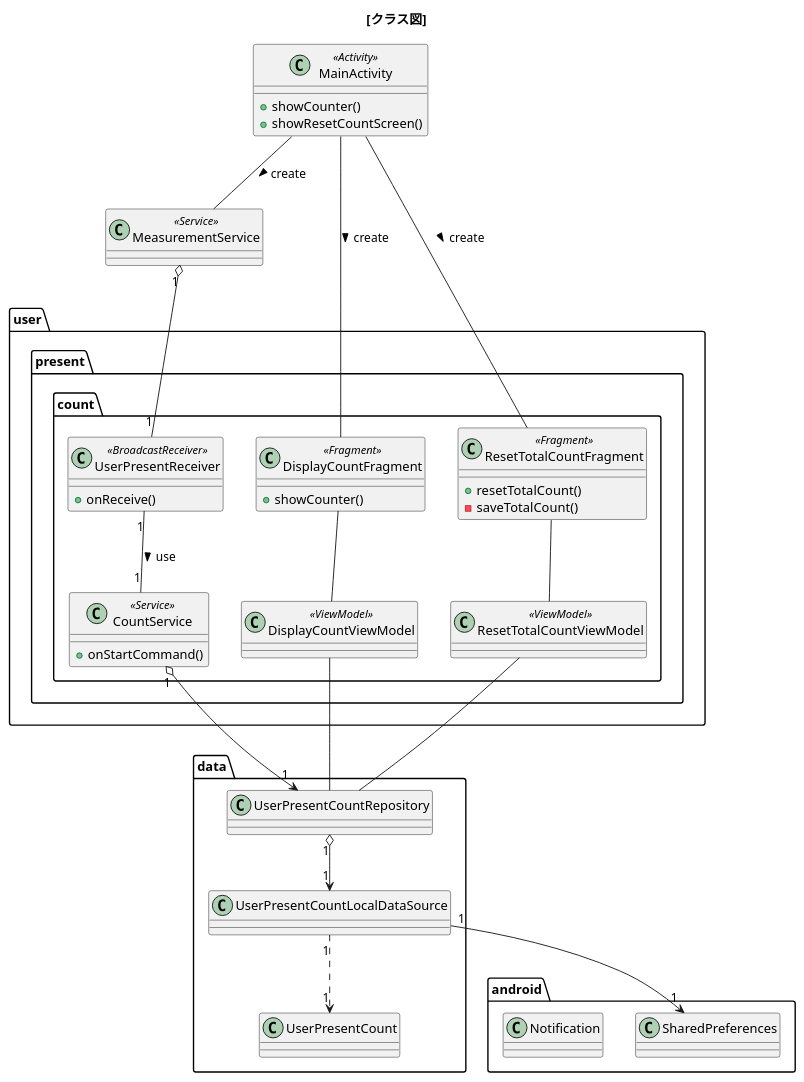
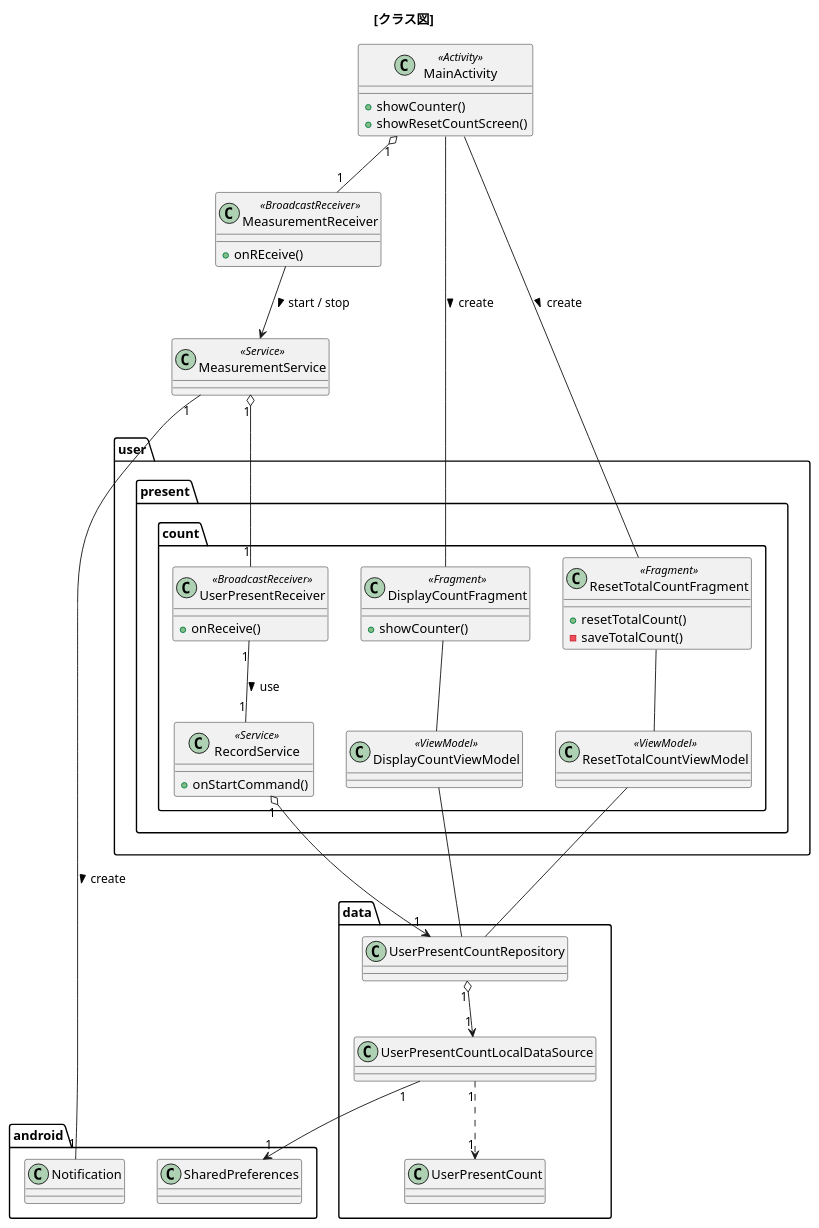
The diagram in design/class_diagram.pu (dotechan/UserPresentCounter), drawn with PlantUML before and after one commit. The commit also changed 3 other files, not shown here.

Commit message:
Moved start and stop processing of foreground service to MeasurementReceiver.

```diff
--- a/design/class_diagram.pu
+++ b/design/class_diagram.pu
@@ -1,68 +1,74 @@
 @startuml
 
 title [クラス図]
 
 ' === 定義 ===
 package android {
     class SharedPreferences
     class Notification
 }
 
 class MainActivity <<Activity>> {
     + showCounter()
     + showResetCountScreen()
 }
 
+class MeasurementReceiver <<BroadcastReceiver>> {
+    + onREceive()
+}
+
 class MeasurementService <<Service>> {
 
 }
 
 package user.present.count {
     class UserPresentReceiver <<BroadcastReceiver>> {
         + onReceive()
     }
 
-    class CountService <<Service>> {
+    class RecordService <<Service>> {
         + onStartCommand()
     }
 
     class DisplayCountFragment <<Fragment>> {
         + showCounter()
     }
 
     class DisplayCountViewModel <<ViewModel>> {
     }
 
     class ResetTotalCountFragment <<Fragment>> {
         + resetTotalCount()
         - saveTotalCount()
     }
 
     class ResetTotalCountViewModel <<ViewModel>> {
 
     }
 }
 
 package data {
     class UserPresentCountRepository
     class UserPresentCountLocalDataSource
     class UserPresentCount
 }
 
 ' === 関係 ===
-MainActivity -- MeasurementService : create >
+MainActivity "1" o-- "1" MeasurementReceiver
+MeasurementReceiver --> MeasurementService : start / stop >
 MeasurementService "1" o-- "1" UserPresentReceiver
-UserPresentReceiver "1" -- "1" CountService : use >
-CountService "1" o--> "1" UserPresentCountRepository
+MeasurementService "1" -- "1" Notification : create >
+UserPresentReceiver "1" -- "1" RecordService : use >
+RecordService "1" o--> "1" UserPresentCountRepository
 UserPresentCountRepository "1" o--> "1" UserPresentCountLocalDataSource
 UserPresentCountLocalDataSource "1" ..> "1" UserPresentCount
 UserPresentCountLocalDataSource "1" --> "1" SharedPreferences
 
 MainActivity -- DisplayCountFragment : create >
 MainActivity -- ResetTotalCountFragment : create >
 DisplayCountFragment -- DisplayCountViewModel
 ResetTotalCountFragment -- ResetTotalCountViewModel
 DisplayCountViewModel -- UserPresentCountRepository
 ResetTotalCountViewModel -- UserPresentCountRepository
 
 @enduml
```
